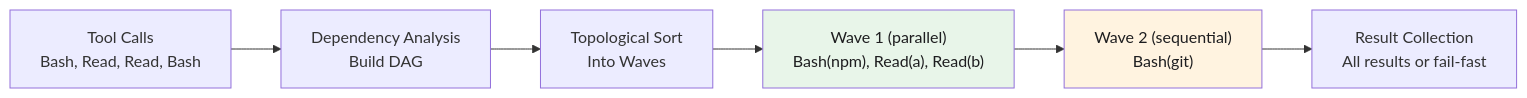
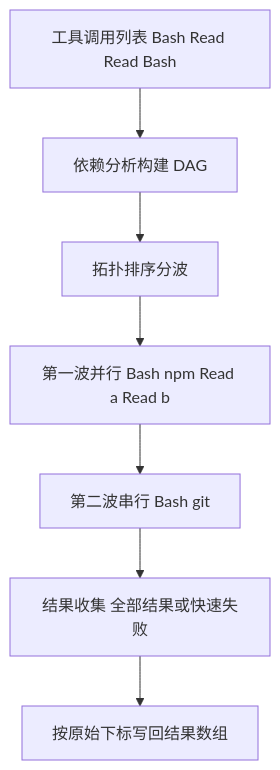
The eighth of 9 diagrams in docs/agent/case-studies/claude-code-deep-analysis.md (Shyu-x/frontend-interview), drawn with Mermaid before and after one commit. The commit also changed other lines of this file and 58 other files, not shown here.

````diff
--- a/docs/agent/case-studies/claude-code-deep-analysis.md
+++ b/docs/agent/case-studies/claude-code-deep-analysis.md
@@ -886,10 +1118,9 @@
 ```mermaid
-flowchart LR
-    A["Tool Calls<br/>Bash, Read, Read, Bash"] --> B["Dependency Analysis<br/>Build DAG"]
-    B --> C["Topological Sort<br/>Into Waves"]
-    C --> D["Wave 1 (parallel)<br/>Bash(npm), Read(a), Read(b)"]
-    D --> E["Wave 2 (sequential)<br/>Bash(git)"]
-    E --> F["Result Collection<br/>All results or fail-fast"]
-    style D fill:#e8f5e9,color:#1d1d1f
-    style E fill:#fff3e0,color:#1d1d1f
+flowchart TD
+    A["工具调用列表 Bash Read Read Bash"] --> B["依赖分析构建 DAG"]
+    B --> C["拓扑排序分波"]
+    C --> D["第一波并行 Bash npm Read a Read b"]
+    D --> E["第二波串行 Bash git"]
+    E --> F["结果收集 全部结果或快速失败"]
+    F --> G["按原始下标写回结果数组"]
 ```
````
